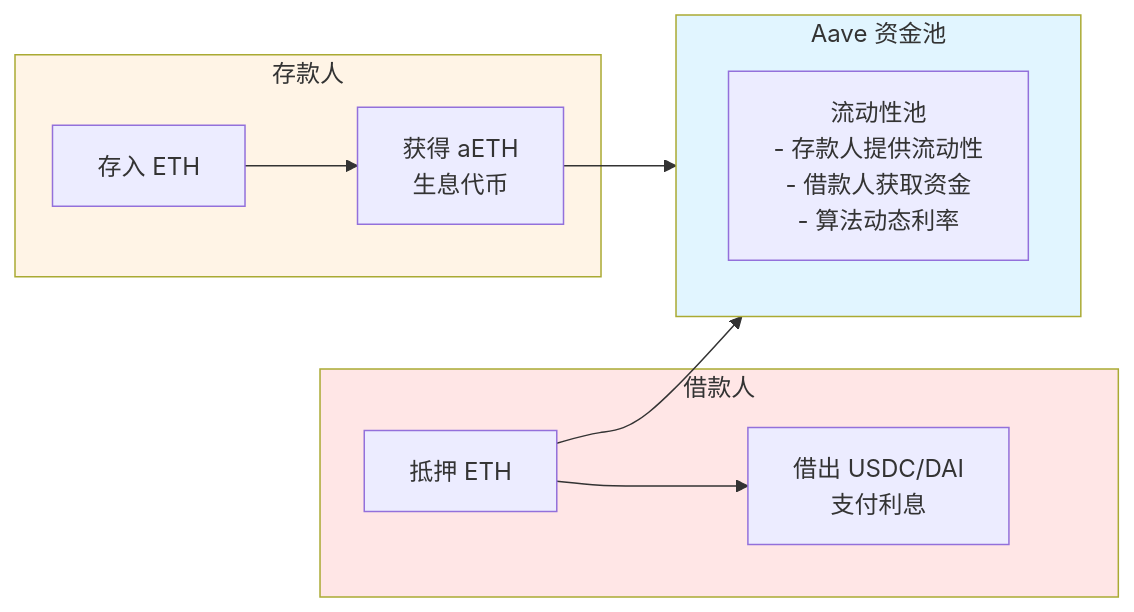
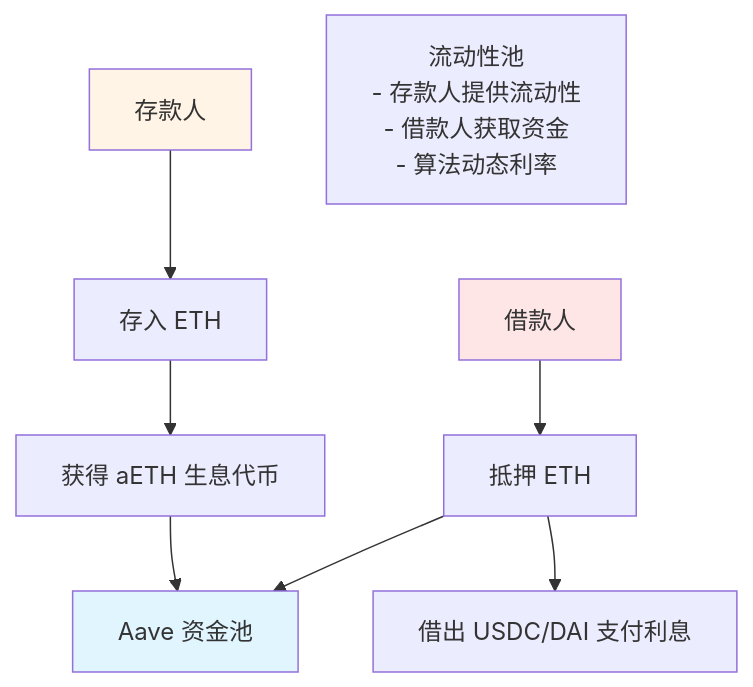
Before and after one commit to web3-wallet-org/web3-wallet-notes: the first of 3 diagrams in docs/《精通以太坊》/第13章-去中心化金融.md, drawn with Mermaid. The commit also changed other lines of this file and 5 other files, not shown here.

````diff
--- a/docs/《精通以太坊》/第13章-去中心化金融.md
+++ b/docs/《精通以太坊》/第13章-去中心化金融.md
@@ -241,21 +241,21 @@
 ```mermaid
-graph LR
-    subgraph Depositor["存款人"]
-        A["存入 ETH"] --> B["获得 aETH<br/>生息代币"]
-    end
+graph TB
+    Depositor["存款人"]
+    A["存入 ETH"] --> B["获得 aETH 生息代币"]
     
-    subgraph Borrower["借款人"]
-        C["抵押 ETH"] --> D["借出 USDC/DAI<br/>支付利息"]
-    end
+    Borrower["借款人"]
+    C["抵押 ETH"] --> D["借出 USDC/DAI 支付利息"]
     
-    subgraph Pool["Aave 资金池"]
-        E["流动性池<br/>- 存款人提供流动性<br/>- 借款人获取资金<br/>- 算法动态利率"]
-    end
+    Pool["Aave 资金池"]
+    E["流动性池<br/>- 存款人提供流动性<br/>- 借款人获取资金<br/>- 算法动态利率"]
     
+    Depositor --> A
     B --> Pool
+    
+    Borrower --> C
     C --> Pool
     
     style Pool fill:#e1f5ff
     style Depositor fill:#fff4e6
     style Borrower fill:#ffe6e6
 ```
````
